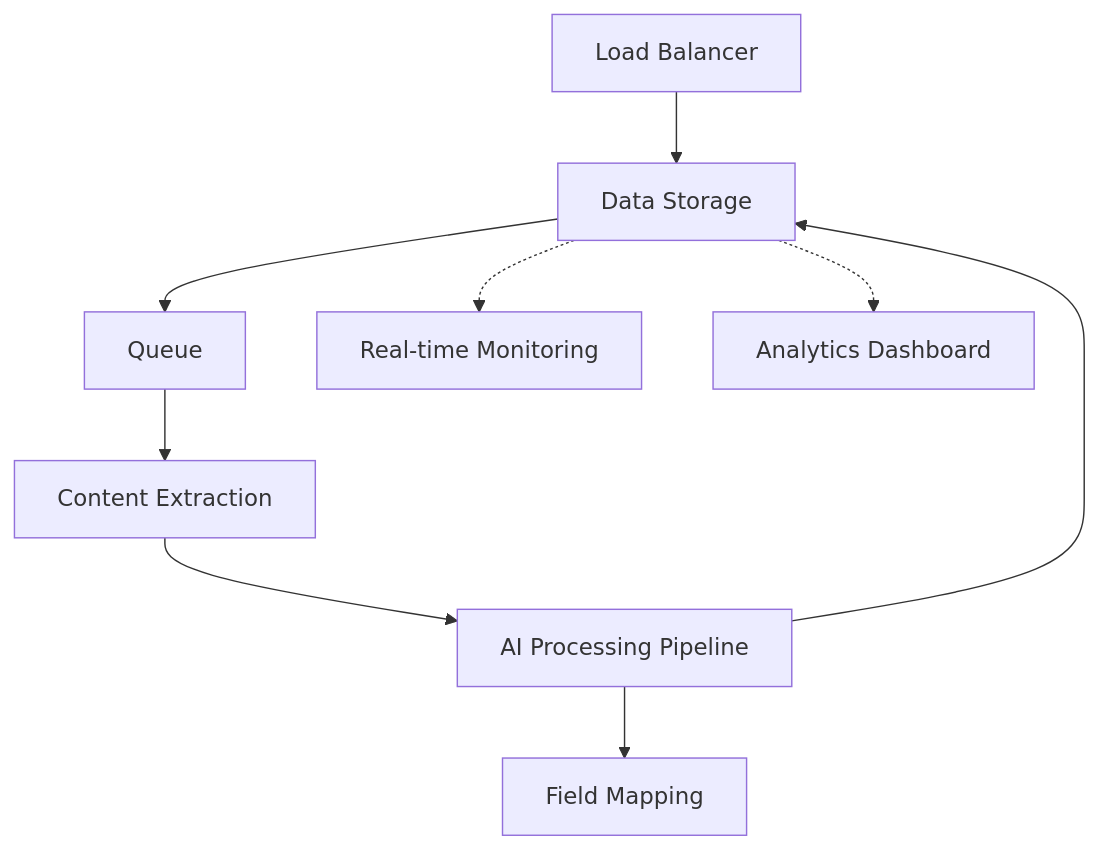
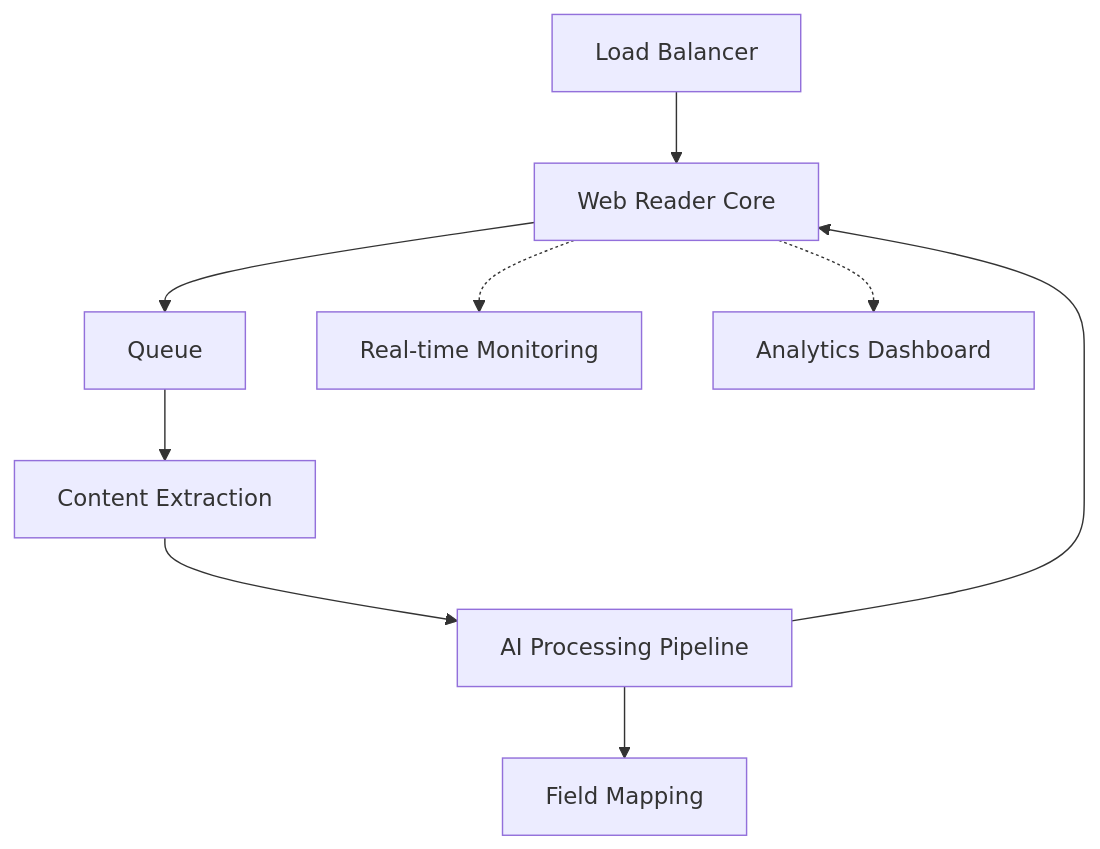
Before and after one commit to NoWayJA/web-reader-core: the diagram in README.md, drawn with Mermaid.

````diff
--- a/README.md
+++ b/README.md
@@ -28,12 +28,12 @@
 ```mermaid
 graph TD
     A[Load Balancer] --> B[Web Reader Core]
     B --> C[Queue]
     C --> D[Content Extraction]
     D --> E[AI Processing Pipeline]
     E --> F[Field Mapping]
-    E --> B[Data Storage]
+    E --> B[Web Reader Core]
         
     B -.-> G[Real-time Monitoring]
     B -.-> H[Analytics Dashboard]
 ```
````
